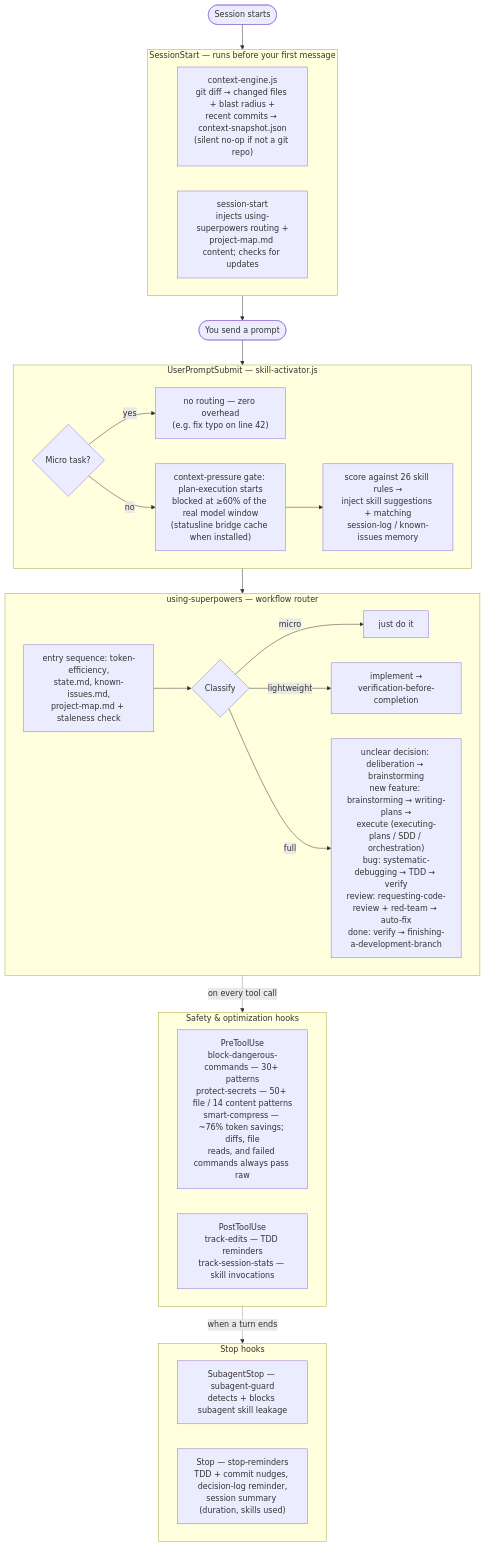
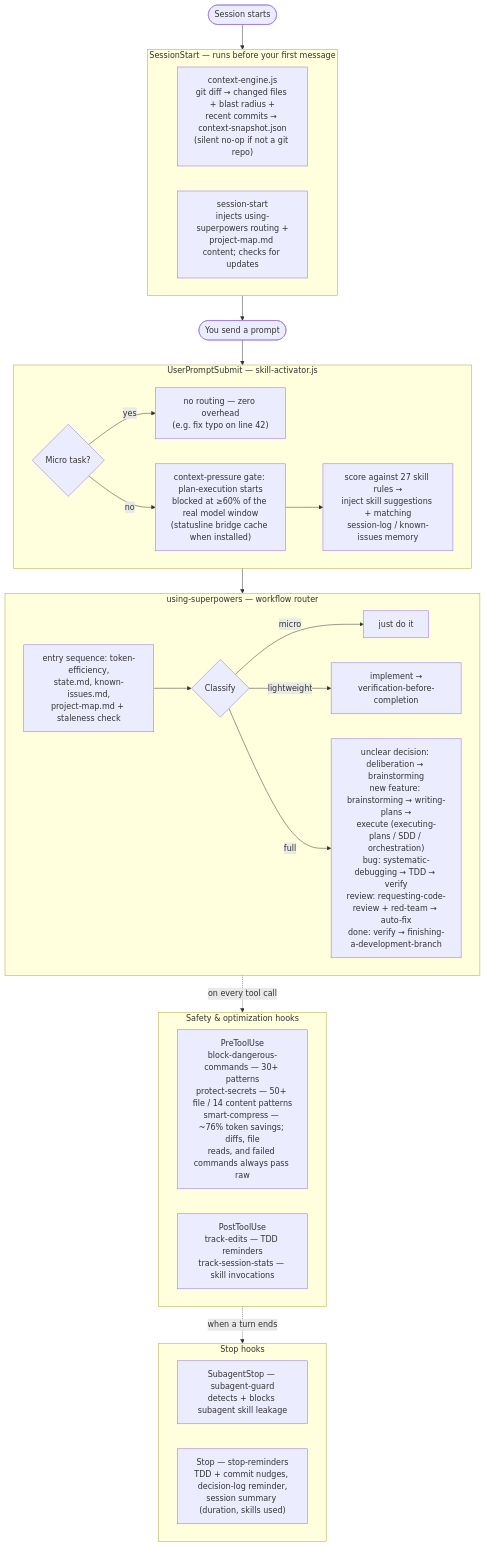
The diagram in README.md (brunob54/superpowers-orchestrator), drawn with Mermaid before and after one commit. The commit also changed other lines of this file and 6 other files, not shown here.

````diff
--- a/README.md
+++ b/README.md
@@ -90,42 +90,42 @@
 ```mermaid
 flowchart TD
     START([Session starts]) --> SS
 
     subgraph SS["SessionStart — runs before your first message"]
         CE["context-engine.js<br/>git diff → changed files + blast radius +<br/>recent commits → context-snapshot.json<br/>(silent no-op if not a git repo)"]
         SST["session-start<br/>injects using-superpowers routing +<br/>project-map.md content; checks for updates"]
     end
 
     SS --> PROMPT([You send a prompt])
     PROMPT --> SA
 
     subgraph SA["UserPromptSubmit — skill-activator.js"]
         Q1{"Micro task?"} -->|yes| Z1["no routing — zero overhead<br/>(e.g. fix typo on line 42)"]
         Q1 -->|no| PG["context-pressure gate: plan-execution starts<br/>blocked at ≥60% of the real model window<br/>(statusline bridge cache when installed)"]
-        PG --> SCORE["score against 26 skill rules →<br/>inject skill suggestions + matching<br/>session-log / known-issues memory"]
+        PG --> SCORE["score against 27 skill rules →<br/>inject skill suggestions + matching<br/>session-log / known-issues memory"]
     end
 
     SA --> RT
 
     subgraph RT["using-superpowers — workflow router"]
         ES["entry sequence: token-efficiency,<br/>state.md, known-issues.md,<br/>project-map.md + staleness check"]
         ES --> CLS{"Classify"}
         CLS -->|micro| JD["just do it"]
         CLS -->|lightweight| LW["implement →<br/>verification-before-completion"]
         CLS -->|full| FULL["unclear decision: deliberation → brainstorming<br/>new feature: brainstorming → writing-plans →<br/>execute (executing-plans / SDD / orchestration)<br/>bug: systematic-debugging → TDD → verify<br/>review: requesting-code-review + red-team → auto-fix<br/>done: verify → finishing-a-development-branch"]
     end
 
     RT -.->|"on every tool call"| TOOLS
 
     subgraph TOOLS["Safety & optimization hooks"]
         PRE["PreToolUse<br/>block-dangerous-commands — 30+ patterns<br/>protect-secrets — 50+ file / 14 content patterns<br/>smart-compress — ~76% token savings; diffs, file<br/>reads, and failed commands always pass raw"]
         POST["PostToolUse<br/>track-edits — TDD reminders<br/>track-session-stats — skill invocations"]
     end
 
     TOOLS -.->|"when a turn ends"| STOPS
 
     subgraph STOPS["Stop hooks"]
         SG["SubagentStop — subagent-guard<br/>detects + blocks subagent skill leakage"]
         SR["Stop — stop-reminders<br/>TDD + commit nudges, decision-log reminder,<br/>session summary (duration, skills used)"]
     end
 ```
````
